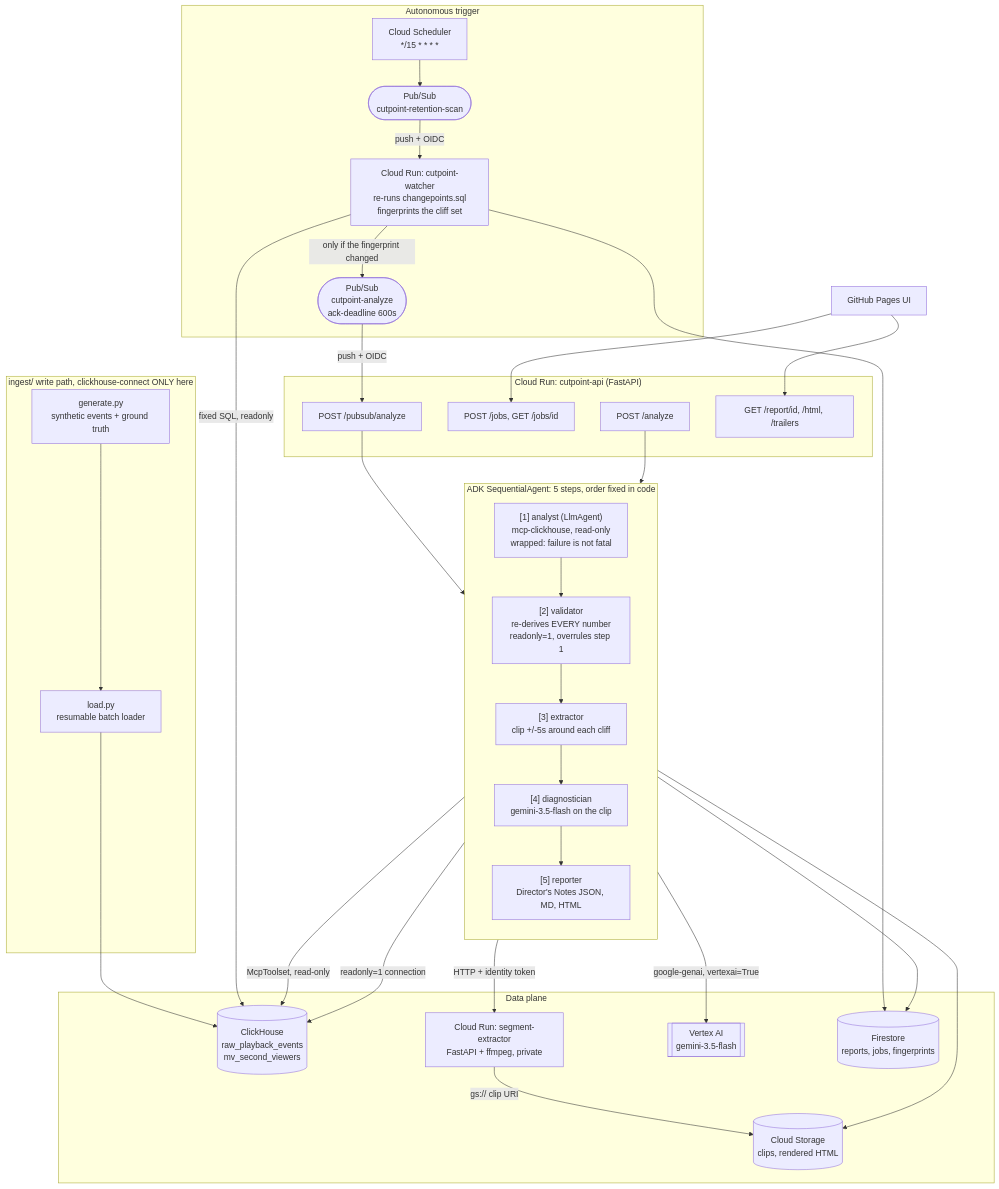
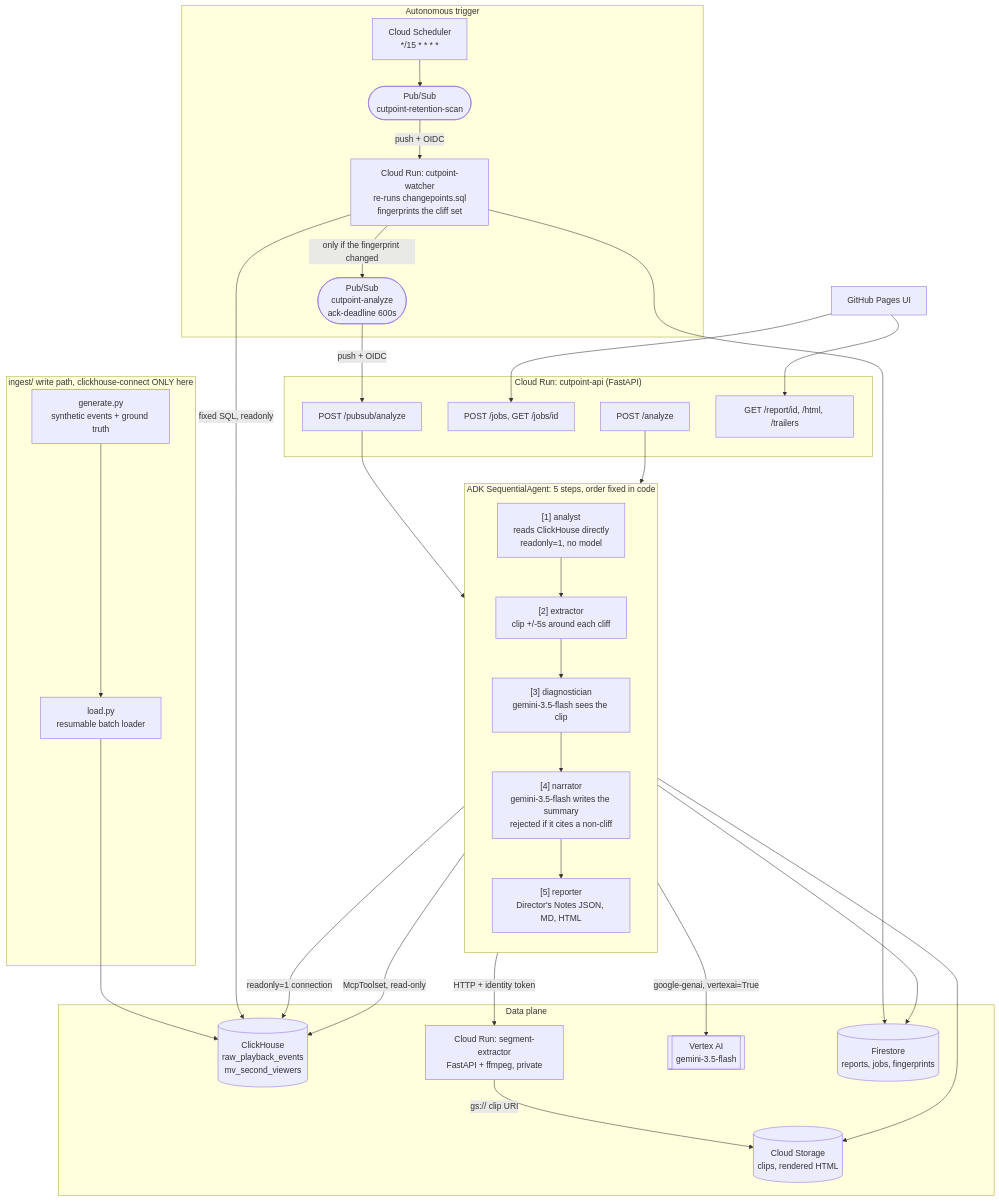
The diagram in docs/architecture.md (DynamiteC/cut-point), drawn with Mermaid before and after one commit. The commit also changed other lines of this file and 5 other files, not shown here.

First line of the commit message:
docs: bring every document and the architecture image in line with the new pipeline

````diff
--- a/docs/architecture.md
+++ b/docs/architecture.md
@@ -34,57 +34,57 @@
 ```mermaid
 flowchart TB
     subgraph Trigger["Autonomous trigger"]
         Sched["Cloud Scheduler\n*/15 * * * *"]
         ScanTopic(["Pub/Sub\ncutpoint-retention-scan"])
         Watcher["Cloud Run: cutpoint-watcher\nre-runs changepoints.sql\nfingerprints the cliff set"]
         AnalyzeTopic(["Pub/Sub\ncutpoint-analyze\nack-deadline 600s"])
         Sched --> ScanTopic -- "push + OIDC" --> Watcher
         Watcher -- "only if the fingerprint changed" --> AnalyzeTopic
     end
 
     subgraph API["Cloud Run: cutpoint-api (FastAPI)"]
         Push[POST /pubsub/analyze]
         Jobs[POST /jobs, GET /jobs/id]
         Analyze[POST /analyze]
         Report[GET /report/id, /html, /trailers]
     end
 
     subgraph Agent["ADK SequentialAgent: 5 steps, order fixed in code"]
         direction TB
-        Analyst["[1] analyst (LlmAgent)\nmcp-clickhouse, read-only\nwrapped: failure is not fatal"]
-        Validator["[2] validator\nre-derives EVERY number\nreadonly=1, overrules step 1"]
-        Extractor["[3] extractor\nclip +/-5s around each cliff"]
-        Diagnostician["[4] diagnostician\ngemini-3.5-flash on the clip"]
+        Analyst["[1] analyst\nreads ClickHouse directly\nreadonly=1, no model"]
+        Extractor["[2] extractor\nclip +/-5s around each cliff"]
+        Diagnostician["[3] diagnostician\ngemini-3.5-flash sees the clip"]
+        Narrator["[4] narrator\ngemini-3.5-flash writes the summary\nrejected if it cites a non-cliff"]
         Reporter["[5] reporter\nDirector's Notes JSON, MD, HTML"]
-        Analyst --> Validator --> Extractor --> Diagnostician --> Reporter
+        Analyst --> Extractor --> Diagnostician --> Narrator --> Reporter
     end
 
     subgraph Data["Data plane"]
         CH[(ClickHouse\nraw_playback_events\nmv_second_viewers)]
         Seg["Cloud Run: segment-extractor\nFastAPI + ffmpeg, private"]
         Gemini[[Vertex AI\ngemini-3.5-flash]]
         FS[(Firestore\nreports, jobs, fingerprints)]
         GCS[(Cloud Storage\nclips, rendered HTML)]
     end
 
     subgraph Ingest["ingest/ write path, clickhouse-connect ONLY here"]
         Gen["generate.py\nsynthetic events + ground truth"]
         Load["load.py\nresumable batch loader"]
         Gen --> Load --> CH
     end
 
     UI["GitHub Pages UI"] --> Report
     UI --> Jobs
     AnalyzeTopic -- "push + OIDC" --> Push
     Push --> Agent
     Analyze --> Agent
     Watcher -- "fixed SQL, readonly" --> CH
     Watcher --> FS
-    Analyst -- "McpToolset, read-only" --> CH
-    Validator -- "readonly=1 connection" --> CH
+    Analyst -- "readonly=1 connection" --> CH
+    Narrator -- "McpToolset, read-only" --> CH
     Extractor -- "HTTP + identity token" --> Seg
     Seg -- "gs:// clip URI" --> GCS
     Diagnostician -- "google-genai, vertexai=True" --> Gemini
     Reporter --> FS
     Reporter --> GCS
 ```
````
